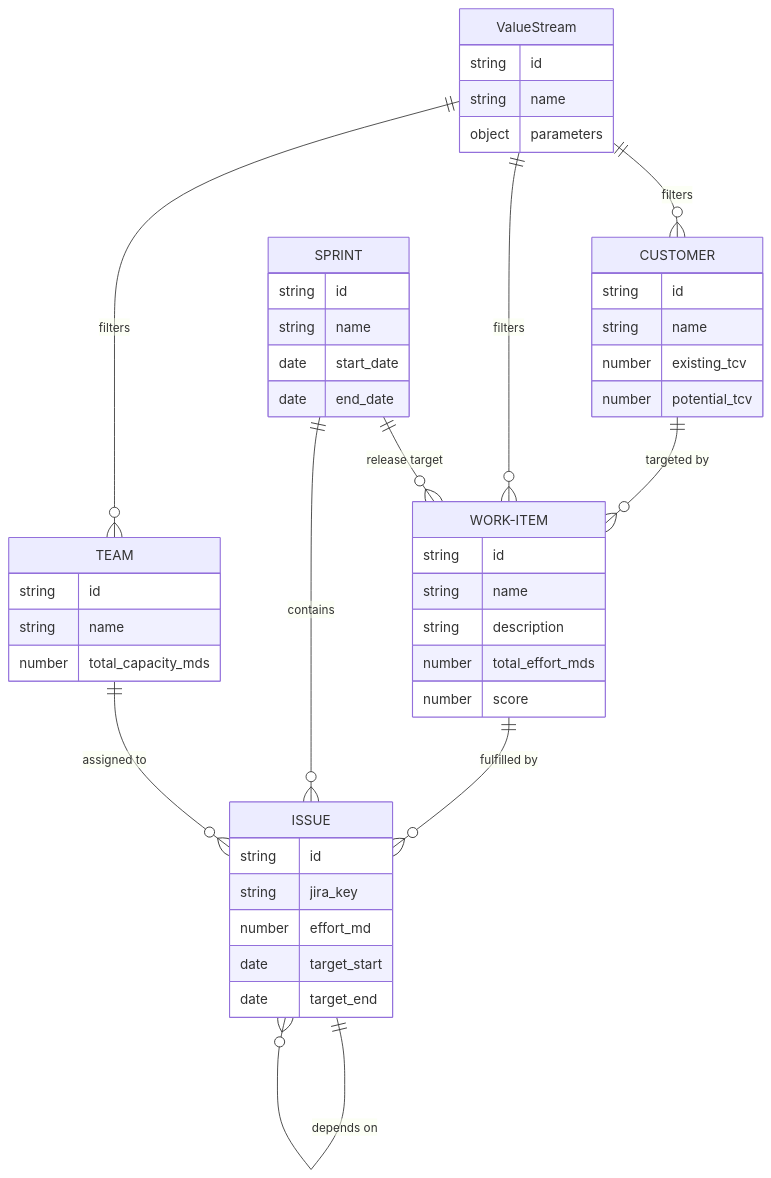
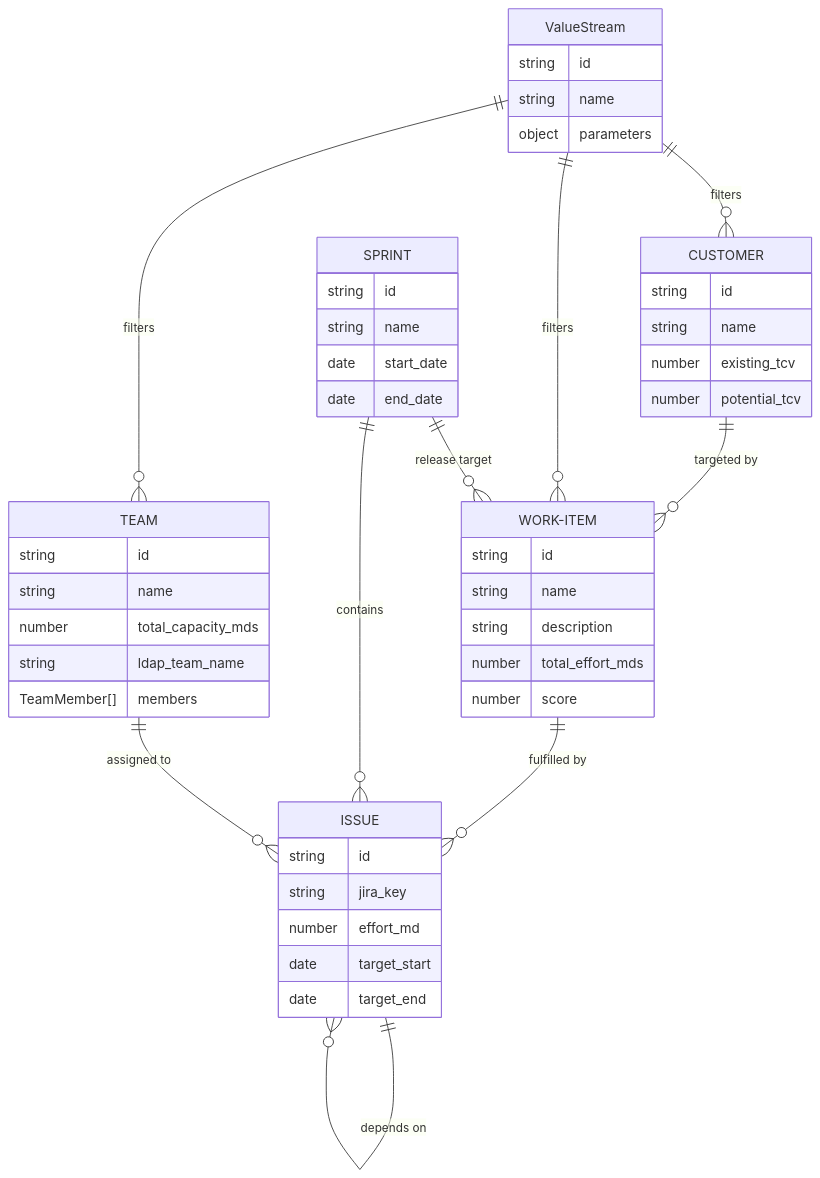
One commit to AlesKracik/ValueStream-DependencyTree changed the second of 4 diagrams in doc/ARCHITECTURE.md. Above: the diagram before and after it, drawn with Mermaid. The commit also changed other lines of this file and 14 other files, not shown here.

First line of the commit message:
feat: Add team member management with LDAP sync

````diff
--- a/doc/ARCHITECTURE.md
+++ b/doc/ARCHITECTURE.md
@@ -53,49 +56,51 @@
 ```mermaid
 erDiagram
     CUSTOMER {
         string id
         string name
         number existing_tcv
         number potential_tcv
     }
     WORK-ITEM {
         string id
         string name
         string description
         number total_effort_mds
         number score
     }
     ISSUE {
         string id
         string jira_key
         number effort_md
         date target_start
         date target_end
     }
     TEAM {
         string id
         string name
         number total_capacity_mds
+        string ldap_team_name
+        TeamMember[] members
     }
     SPRINT {
         string id
         string name
         date start_date
         date end_date
     }
     ValueStream {
         string id
         string name
         object parameters
     }
 
     CUSTOMER ||--o{ WORK-ITEM : "targeted by"
     WORK-ITEM ||--o{ ISSUE : "fulfilled by"
     TEAM ||--o{ ISSUE : "assigned to"
     SPRINT ||--o{ WORK-ITEM : "release target"
     SPRINT ||--o{ ISSUE : "contains"
     ISSUE ||--o{ ISSUE : "depends on"
     ValueStream ||--o{ CUSTOMER : "filters"
     ValueStream ||--o{ WORK-ITEM : "filters"
     ValueStream ||--o{ TEAM : "filters"
 ```
````
